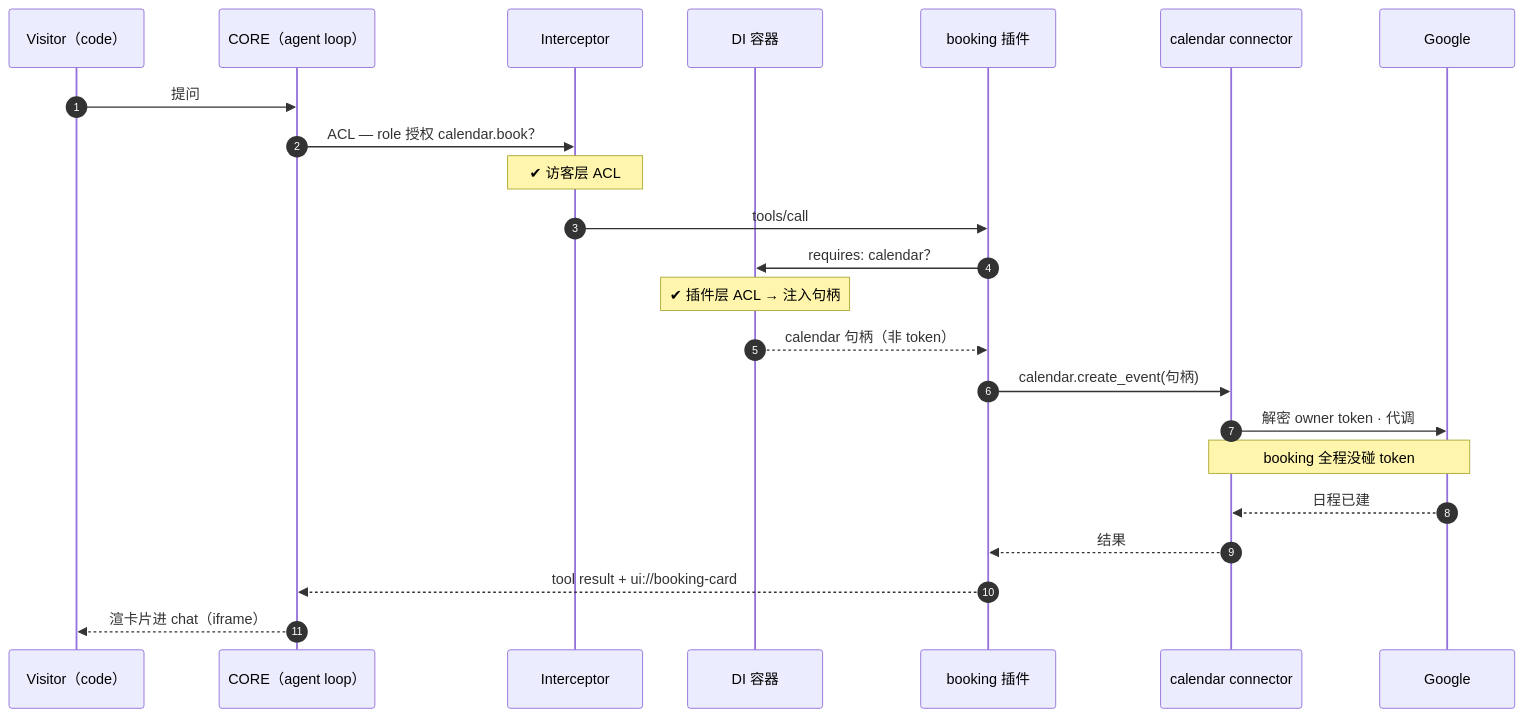
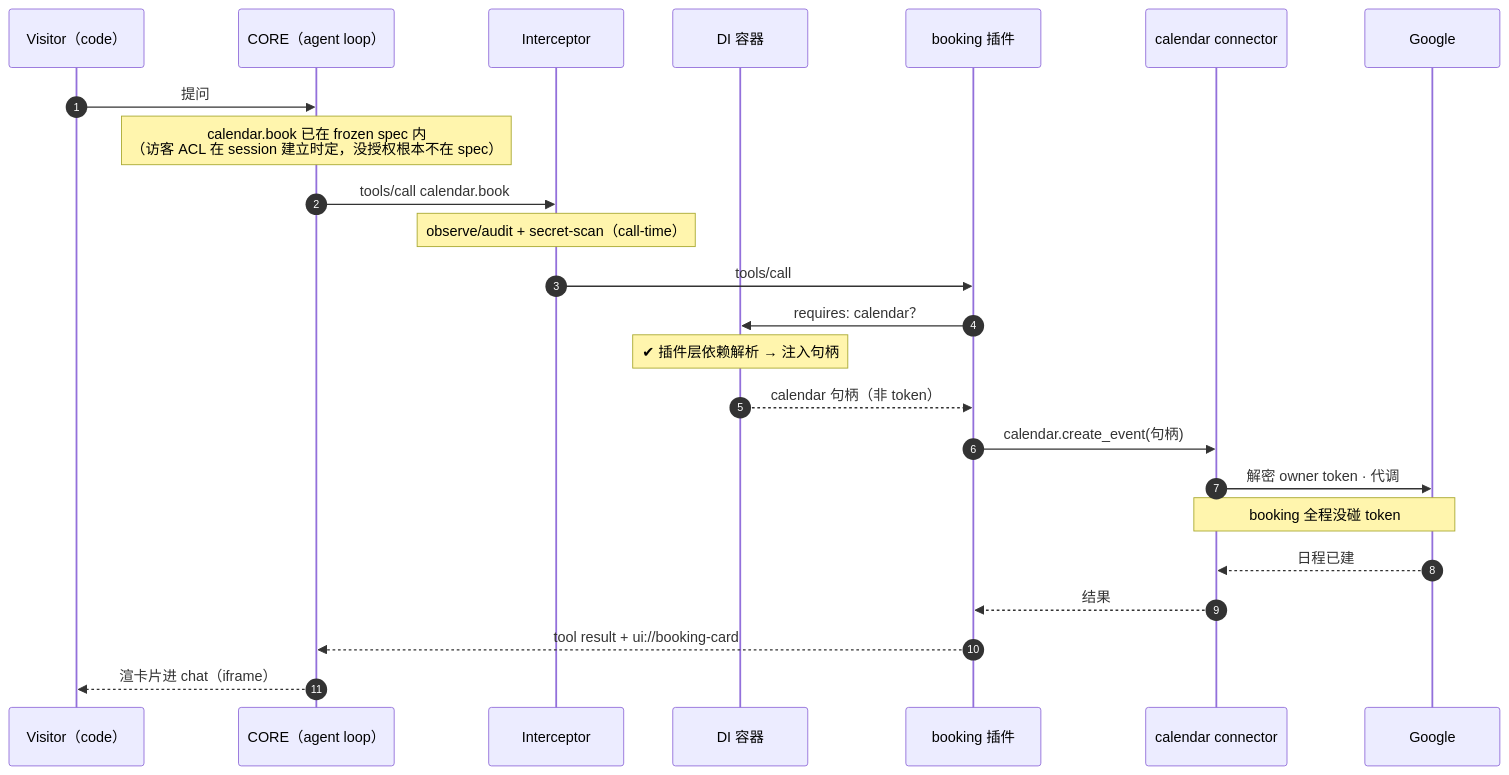
One commit to atmaxmoj/standmeet changed the second of 2 diagrams in docs/design/platform-architecture.md. Above: the diagram before and after it, drawn with Mermaid. The commit also changed other lines of this file, not shown here.

````diff
--- a/docs/design/platform-architecture.md
+++ b/docs/design/platform-architecture.md
@@ -70,26 +70,27 @@
 ```mermaid
 sequenceDiagram
   autonumber
   participant V as Visitor（code）
   participant Core as CORE（agent loop）
   participant I as Interceptor
   participant DI as DI 容器
   participant B as booking 插件
   participant Cal as calendar connector
   participant G as Google
 
   V->>Core: 提问
-  Core->>I: ACL — role 授权 calendar.book？
-  Note over I: ✔ 访客层 ACL
+  Note over Core: calendar.book 已在 frozen spec 内<br/>（访客 ACL 在 session 建立时定，没授权根本不在 spec）
+  Core->>I: tools/call calendar.book
+  Note over I: observe/audit + secret-scan（call-time）
   I->>B: tools/call
   B->>DI: requires: calendar？
-  Note over DI: ✔ 插件层 ACL → 注入句柄
+  Note over DI: ✔ 插件层依赖解析 → 注入句柄
   DI-->>B: calendar 句柄（非 token）
   B->>Cal: calendar.create_event(句柄)
   Cal->>G: 解密 owner token · 代调
   Note over Cal,G: booking 全程没碰 token
   G-->>Cal: 日程已建
   Cal-->>B: 结果
   B-->>Core: tool result + ui://booking-card
   Core-->>V: 渲卡片进 chat（iframe）
 ```
````
